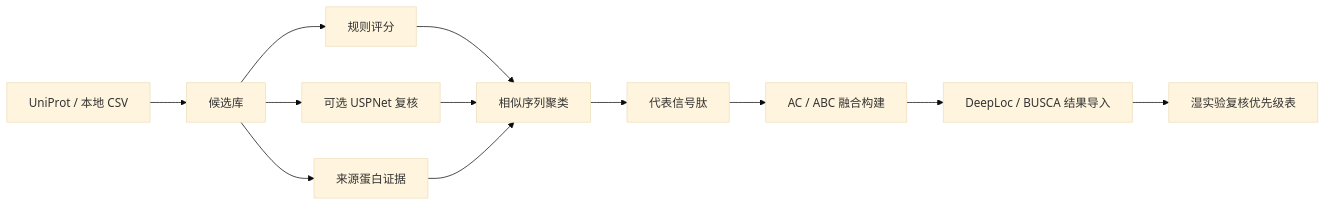
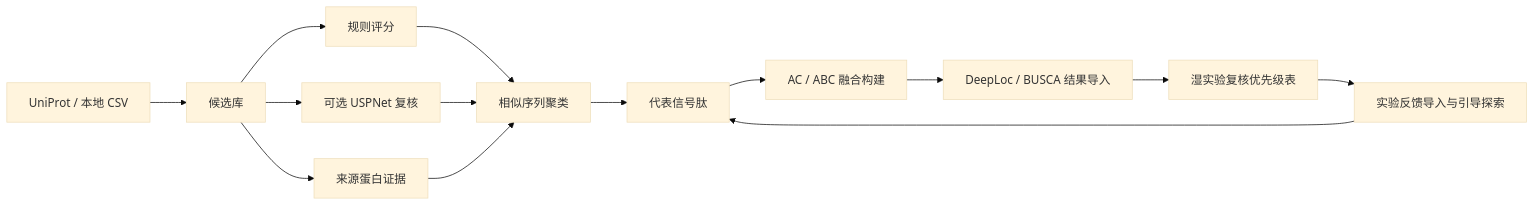
Before and after one commit to 77652189/SigScout: the first of 2 diagrams in README.md, drawn with Mermaid (base theme). The commit also changed other lines of this file and 1 other file, not shown here.

````diff
--- a/README.md
+++ b/README.md
@@ -39,14 +40,16 @@
 ```mermaid
 flowchart LR
     A["UniProt / 本地 CSV"] --> B["候选库"]
     B --> C["规则评分"]
     B --> D["可选 USPNet 复核"]
     B --> E["来源蛋白证据"]
     C --> F["相似序列聚类"]
     D --> F
     E --> F
     F --> G["代表信号肽"]
     G --> H["AC / ABC 融合构建"]
     H --> I["DeepLoc / BUSCA 结果导入"]
     I --> J["湿实验复核优先级表"]
+    J --> K["实验反馈导入与引导探索"]
+    K --> G
 ```
````
